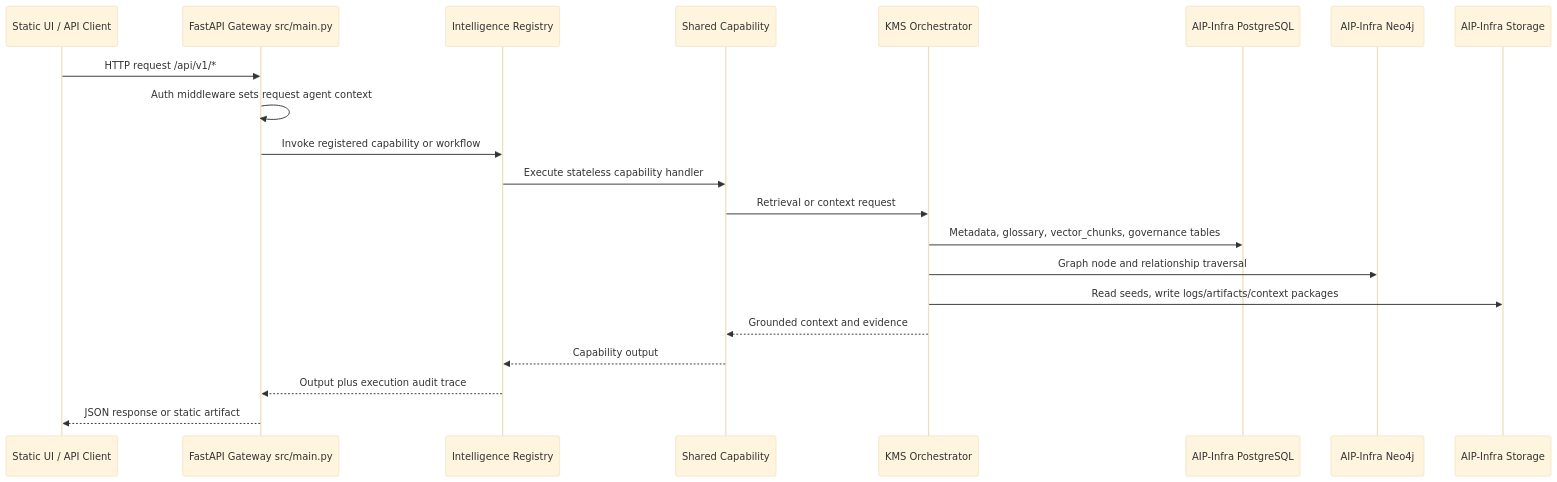
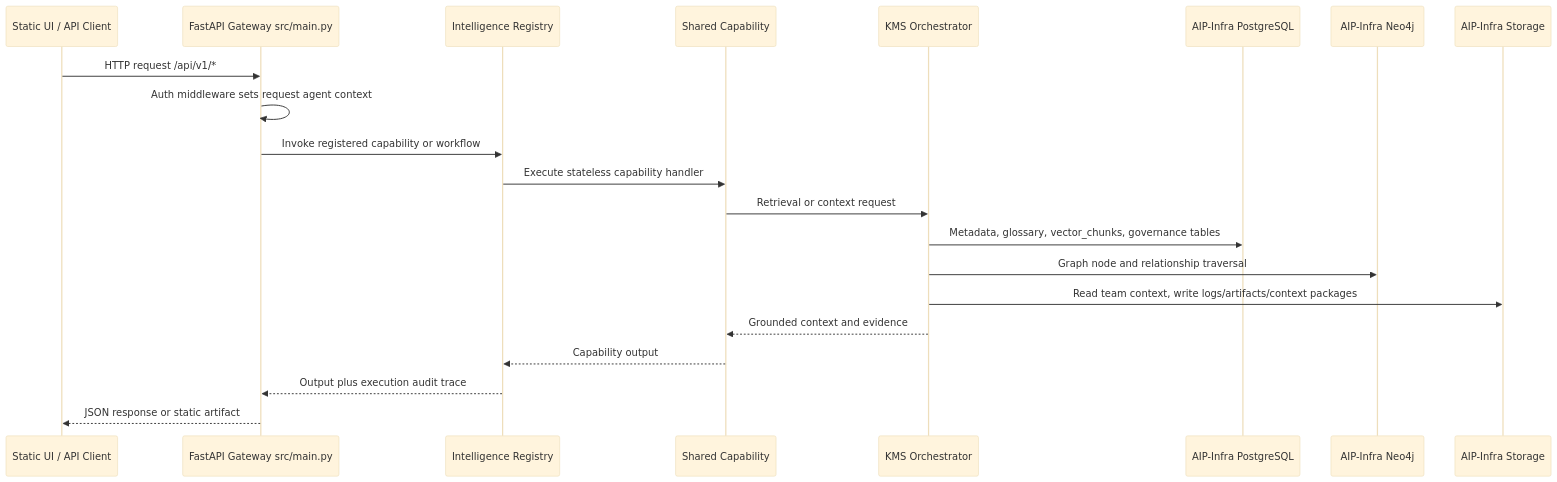
One commit to chethanp11/aip-project changed the second of 2 diagrams in README.md. Above: the diagram before and after it, drawn with Mermaid (base theme). The commit also changed other lines of this file and 102 other files, not shown here.

````diff
--- a/README.md
+++ b/README.md
@@ -117,24 +117,24 @@
 ```mermaid
 sequenceDiagram
     participant UI as Static UI / API Client
     participant API as FastAPI Gateway src/main.py
     participant INT as Intelligence Registry
     participant CAP as Shared Capability
     participant KMS as KMS Orchestrator
     participant PG as AIP-Infra PostgreSQL
     participant N4J as AIP-Infra Neo4j
     participant FS as AIP-Infra Storage
 
     UI->>API: HTTP request /api/v1/*
     API->>API: Auth middleware sets request agent context
     API->>INT: Invoke registered capability or workflow
     INT->>CAP: Execute stateless capability handler
     CAP->>KMS: Retrieval or context request
     KMS->>PG: Metadata, glossary, vector_chunks, governance tables
     KMS->>N4J: Graph node and relationship traversal
-    KMS->>FS: Read seeds, write logs/artifacts/context packages
+    KMS->>FS: Read team context, write logs/artifacts/context packages
     KMS-->>CAP: Grounded context and evidence
     CAP-->>INT: Capability output
     INT-->>API: Output plus execution audit trace
     API-->>UI: JSON response or static artifact
 ```
````
